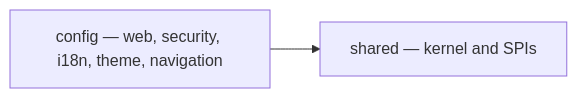
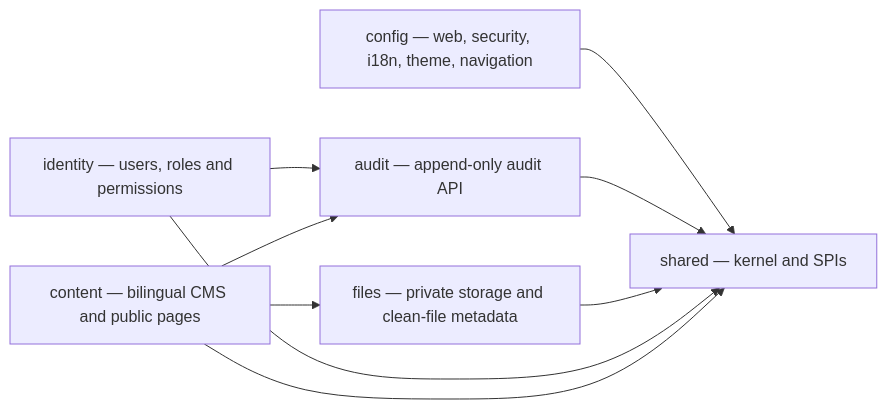
One commit to Kerwon1988/S-portal changed the diagram in docs/arquitectura/modulos.mmd. Above: the diagram before and after it, drawn with Mermaid. The commit also changed 445 other files, not shown here.

```diff
--- a/docs/arquitectura/modulos.mmd
+++ b/docs/arquitectura/modulos.mmd
@@ -1,4 +1,15 @@
 flowchart LR
   shared["shared — kernel and SPIs"]
   config["config — web, security, i18n, theme, navigation"]
+  audit["audit — append-only audit API"]
+  files["files — private storage and clean-file metadata"]
+  identity["identity — users, roles and permissions"]
+  content["content — bilingual CMS and public pages"]
   config --> shared
+  audit --> shared
+  files --> shared
+  identity --> shared
+  identity --> audit
+  content --> shared
+  content --> files
+  content --> audit
```
